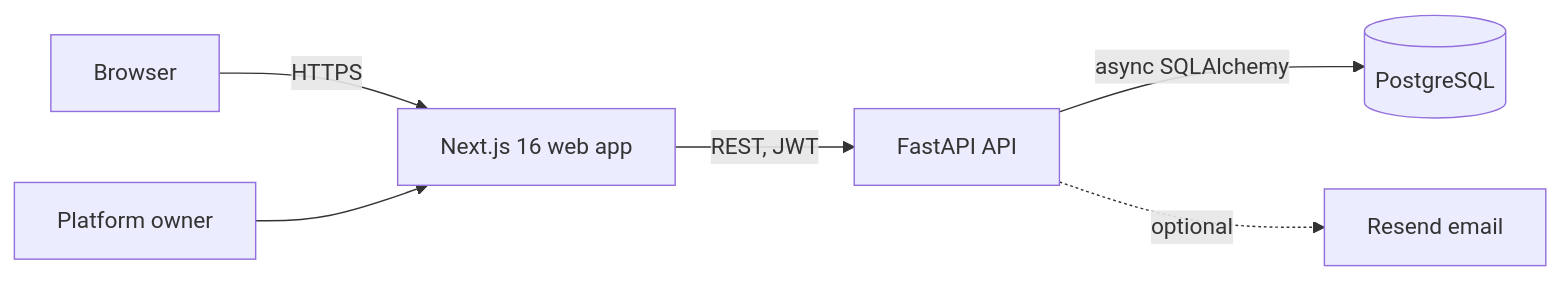
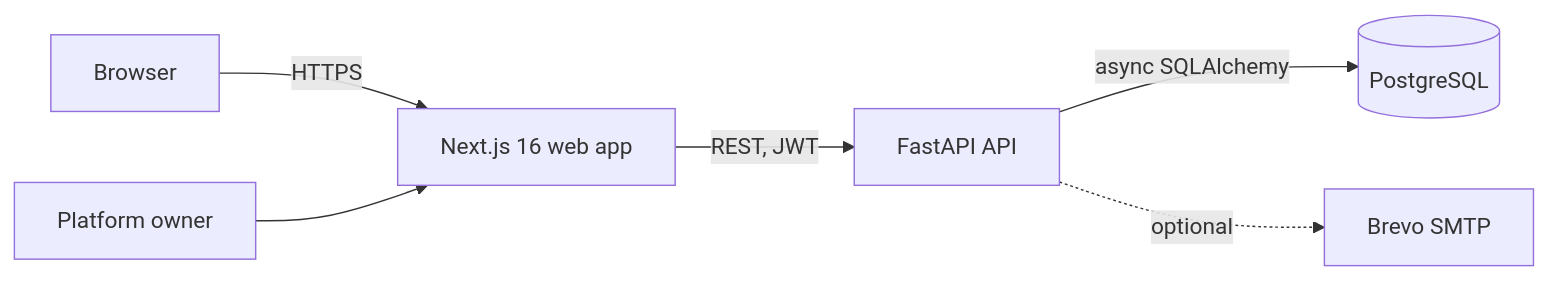
The diagram in README.md (Harsha-code-per/rostra), drawn with Mermaid before and after one commit.

Commit message:
docs: diagram says Brevo

````diff
--- a/README.md
+++ b/README.md
@@ -42,8 +42,8 @@
 ```mermaid
 flowchart LR
     U[Browser] -->|HTTPS| W[Next.js 16 web app]
     W -->|REST, JWT| A[FastAPI API]
     A -->|async SQLAlchemy| D[(PostgreSQL)]
-    A -.->|optional| E[Resend email]
+    A -.->|optional| E[Brevo SMTP]
     P[Platform owner] --> W
 ```
````
